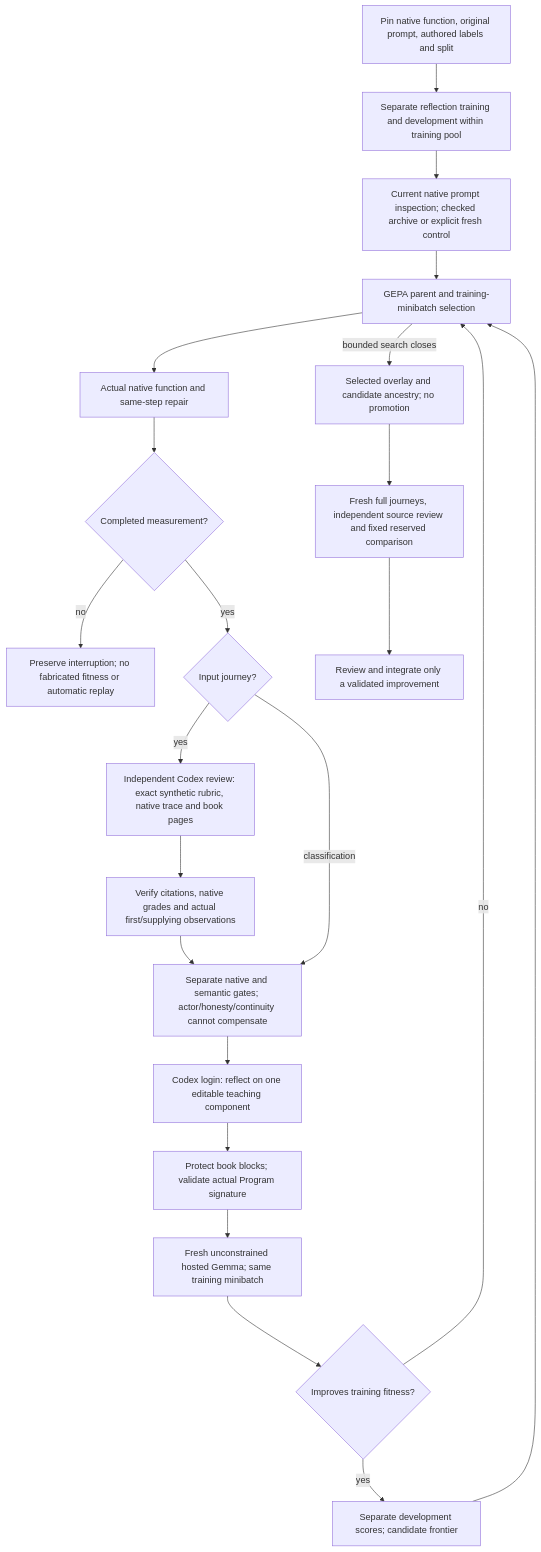
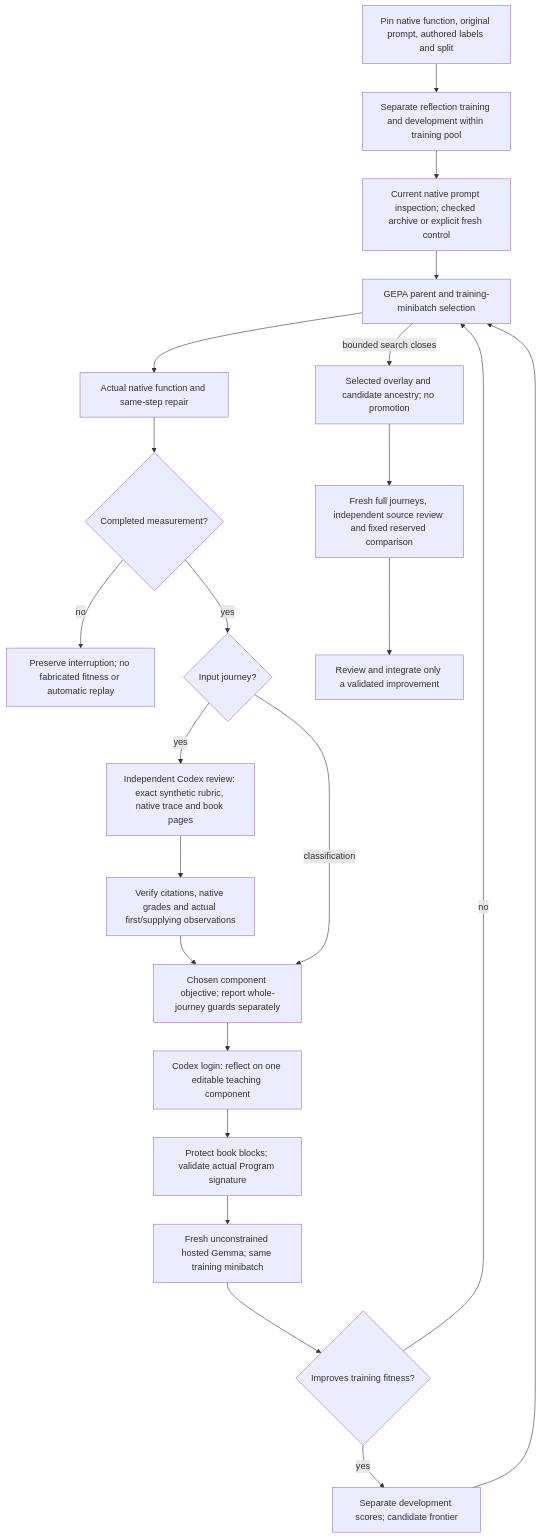
The first of 3 diagrams in docs/PROMPT_OPTIMIZATION.md (delysis/horary-web), drawn with Mermaid before and after one commit. The commit also changed other lines of this file and 13 other files, not shown here.

```diff
--- a/docs/PROMPT_OPTIMIZATION.md
+++ b/docs/PROMPT_OPTIMIZATION.md
@@ -43,24 +43,24 @@
 ~~~mermaid
 flowchart TD
   A["Pin native function, original prompt, authored labels and split"] --> B["Separate reflection training and development within training pool"]
   B --> C["Current native prompt inspection; checked archive or explicit fresh control"]
   C --> D["GEPA parent and training-minibatch selection"]
   D --> E["Actual native function and same-step repair"]
   E --> F{"Completed measurement?"}
   F -->|no| X["Preserve interruption; no fabricated fitness or automatic replay"]
   F -->|yes| R{"Input journey?"}
   R -->|yes| S["Independent Codex review: exact synthetic rubric, native trace and book pages"]
   S --> T["Verify citations, native grades and actual first/supplying observations"]
-  T --> G["Separate native and semantic gates; actor/honesty/continuity cannot compensate"]
+  T --> G["Chosen component objective; report whole-journey guards separately"]
   R -->|classification| G
   G --> H["Codex login: reflect on one editable teaching component"]
   H --> I["Protect book blocks; validate actual Program signature"]
   I --> J["Fresh unconstrained hosted Gemma; same training minibatch"]
   J --> K{"Improves training fitness?"}
   K -->|no| D
   K -->|yes| L["Separate development scores; candidate frontier"]
   L --> D
   D -->|bounded search closes| M["Selected overlay and candidate ancestry; no promotion"]
   M --> N["Fresh full journeys, independent source review and fixed reserved comparison"]
   N --> O["Review and integrate only a validated improvement"]
 ~~~
```
